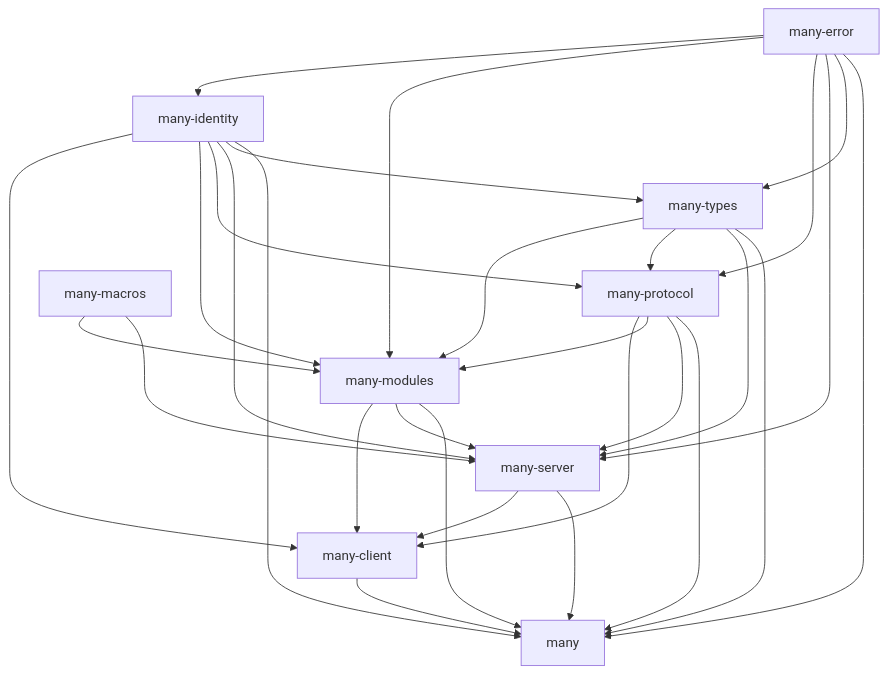
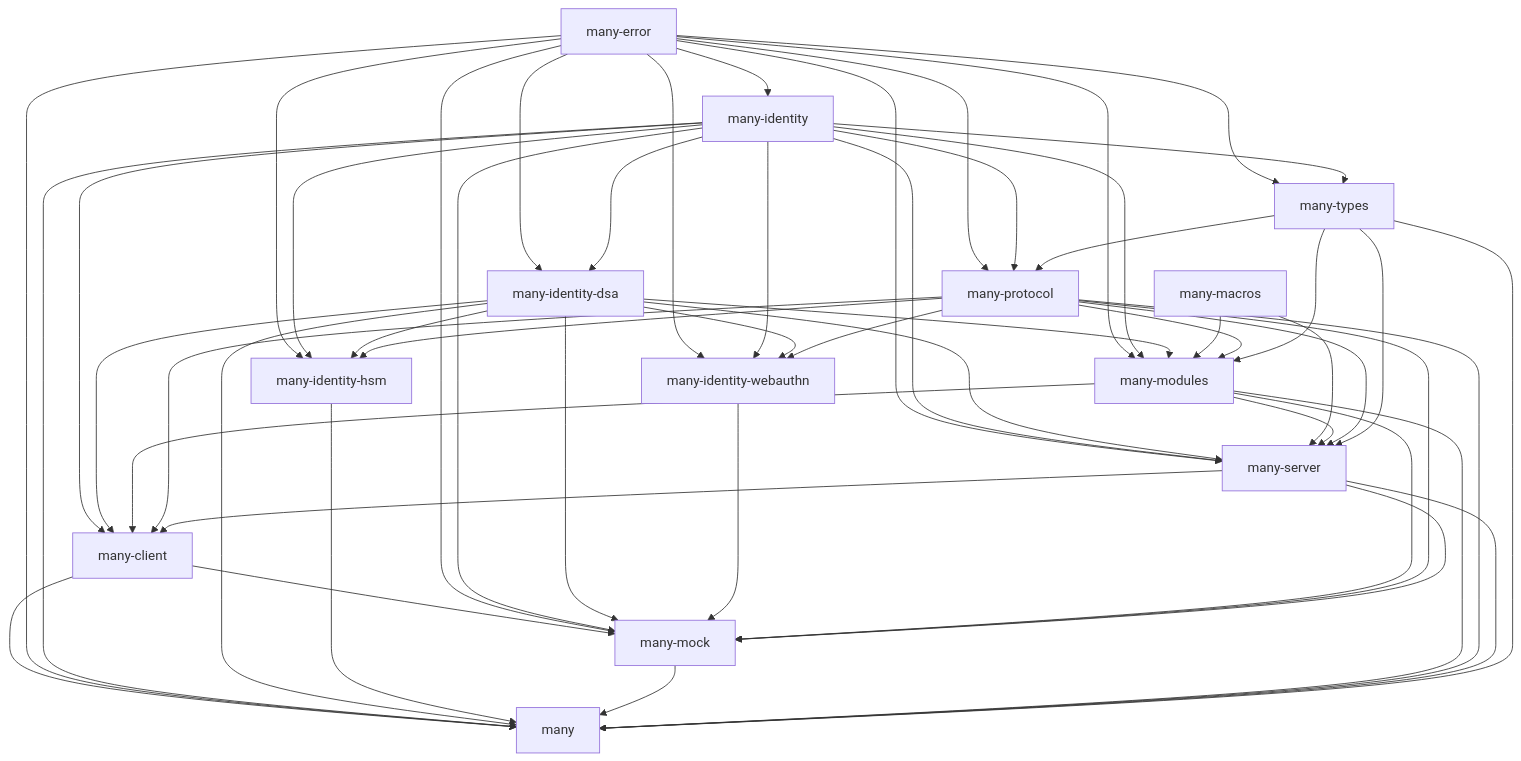
The diagram in README.md (liftedinit/many-rs), drawn with Mermaid before and after one commit. The commit also changed other lines of this file, not shown here.

Commit message:
Rebuild README.md graph and add missing crates

````diff
--- a/README.md
+++ b/README.md
@@ -37,31 +37,55 @@
 ```mermaid
 graph TD;
   many-identity --> many-client;
+  many-identity-dsa --> many-client;
   many-modules --> many-client;
   many-protocol --> many-client;
   many-server --> many-client;
+  many-error --> many-identity-dsa;
+  many-identity --> many-identity-dsa;
+  many-error --> many-identity-hsm;
+  many-identity --> many-identity-hsm;
+  many-identity-dsa --> many-identity-hsm;
+  many-protocol --> many-identity-hsm;
+  many-error --> many-identity-webauthn;
+  many-identity --> many-identity-webauthn;
+  many-identity-dsa --> many-identity-webauthn;
+  many-protocol --> many-identity-webauthn;
   many-error --> many-identity;
+  many-client --> many-mock;
+  many-error --> many-mock;
+  many-identity --> many-mock;
+  many-identity-dsa --> many-mock;
+  many-identity-webauthn --> many-mock;
+  many-modules --> many-mock;
+  many-protocol --> many-mock;
+  many-server --> many-mock;
   many-error --> many-modules;
   many-identity --> many-modules;
+  many-identity-dsa --> many-modules;
   many-macros --> many-modules;
   many-protocol --> many-modules;
   many-types --> many-modules;
   many-error --> many-protocol;
   many-identity --> many-protocol;
   many-types --> many-protocol;
   many-error --> many-server;
   many-identity --> many-server;
+  many-identity-dsa --> many-server;
   many-macros --> many-server;
   many-modules --> many-server;
   many-protocol --> many-server;
   many-types --> many-server;
   many-error --> many-types;
   many-identity --> many-types;
   many-client --> many;
   many-error --> many;
   many-identity --> many;
+  many-identity-dsa --> many;
+  many-identity-hsm --> many;
+  many-mock --> many;
   many-modules --> many;
   many-protocol --> many;
   many-server --> many;
   many-types --> many;
 ```
````
